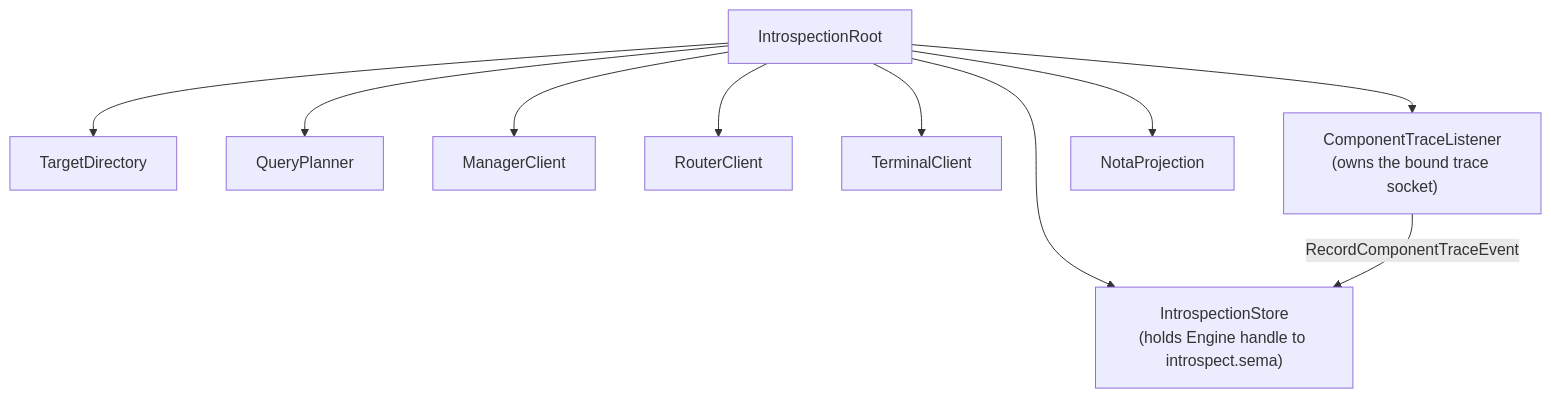
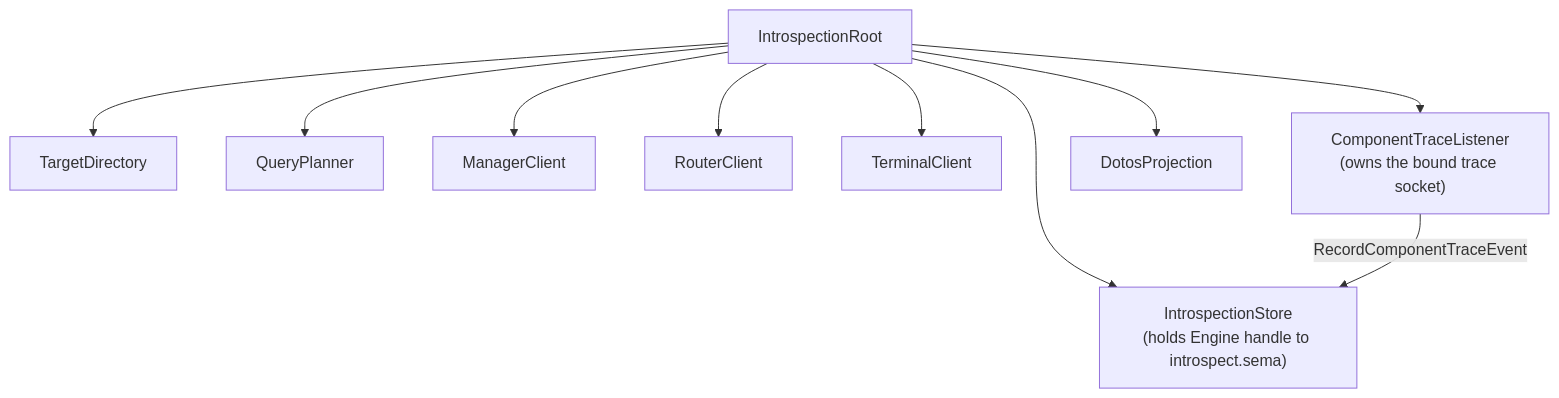
The diagram in ARCHITECTURE.md (LiGoldragon/introspect), drawn with Mermaid before and after one commit. The commit also changed other lines of this file and 13 other files, not shown here.

````diff
--- a/ARCHITECTURE.md
+++ b/ARCHITECTURE.md
@@ -148,22 +148,22 @@
 ```mermaid
 graph TD
     root["IntrospectionRoot"]
     directory["TargetDirectory"]
     planner["QueryPlanner"]
     manager["ManagerClient"]
     router["RouterClient"]
     terminal["TerminalClient"]
     trace["ComponentTraceListener<br/>(owns the bound trace socket)"]
     store["IntrospectionStore<br/>(holds Engine handle to introspect.sema)"]
-    projection["NotaProjection"]
+    projection["DotosProjection"]
 
     root --> directory
     root --> planner
     root --> manager
     root --> router
     root --> terminal
     root --> trace
     root --> store
     root --> projection
     trace -->|RecordComponentTraceEvent| store
 ```
````
